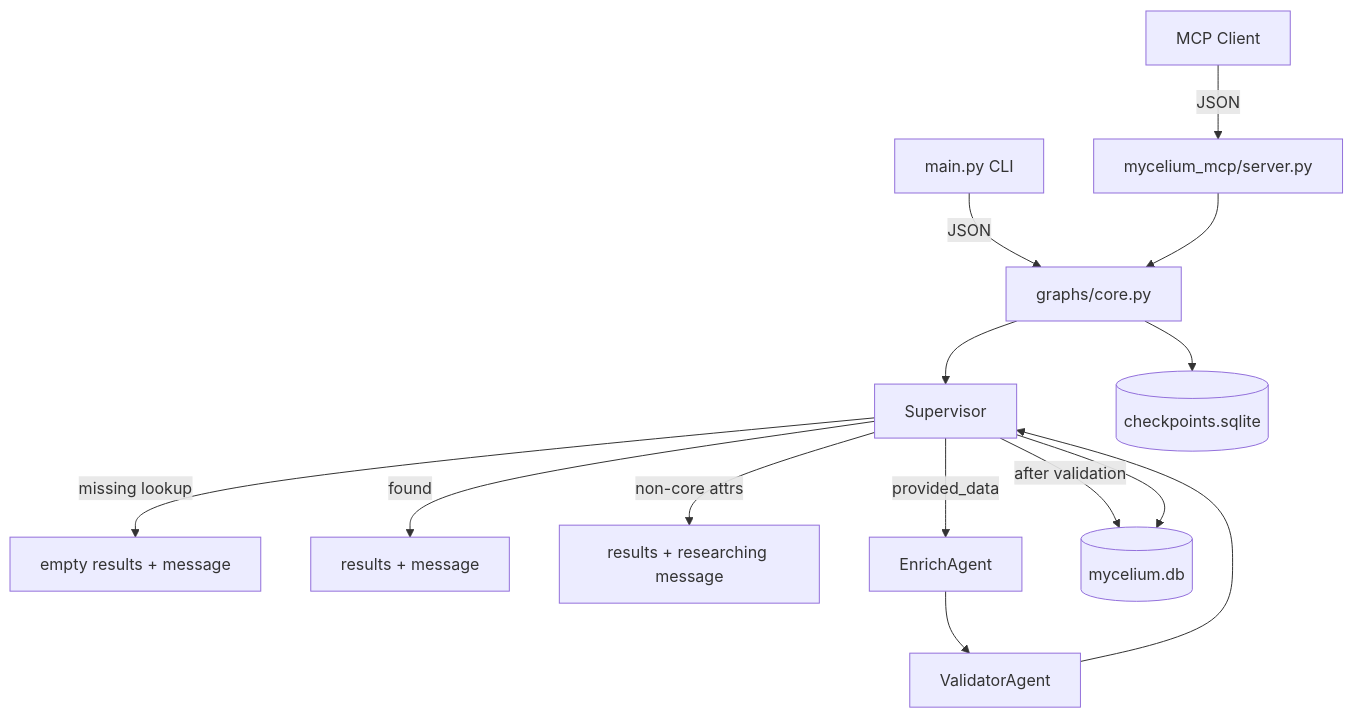
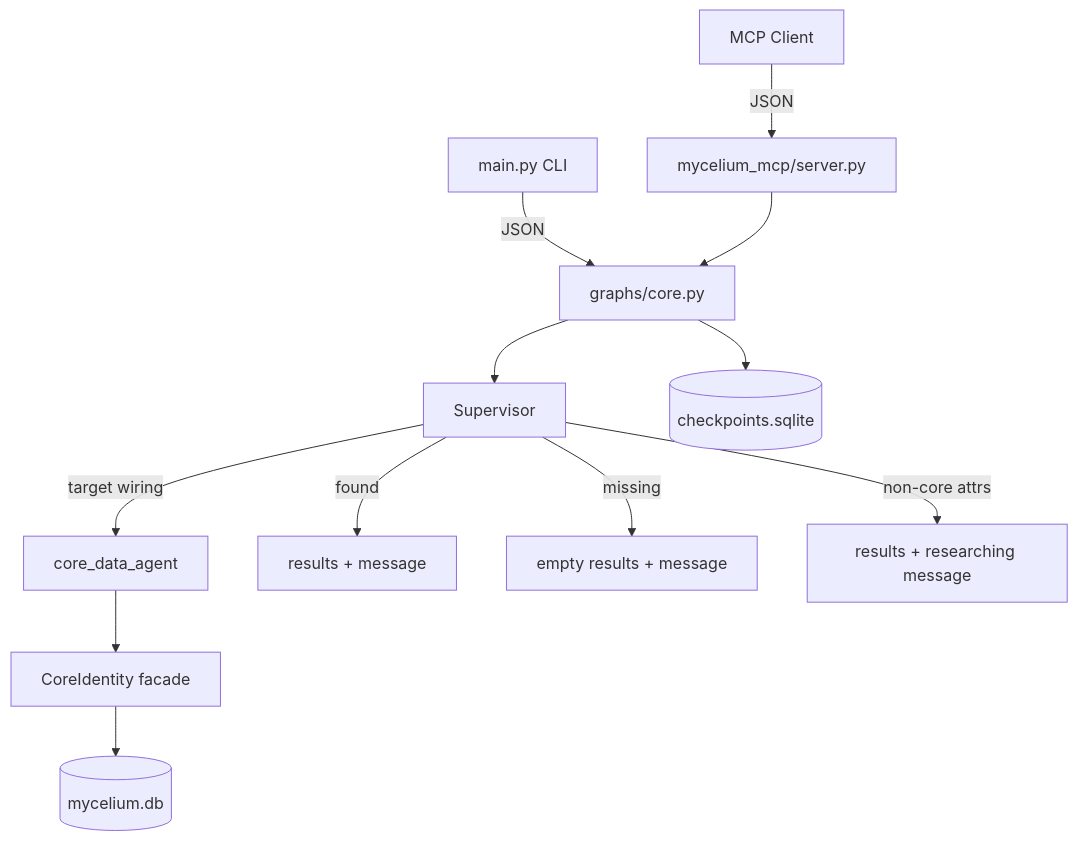
The diagram in README.md (myceliumdata/mycelium), drawn with Mermaid before and after one commit. The commit also changed other lines of this file and 5 other files, not shown here.

First line of the commit message:
Document query-only public API and core_data_agent specialist.

````diff
--- a/README.md
+++ b/README.md
@@ -133,16 +131,14 @@
 ```mermaid
 flowchart TD
     MCP[MCP Client] -->|JSON| MCPServer[mycelium_mcp/server.py]
     CLI[main.py CLI] -->|JSON| Graph
     MCPServer --> Graph[graphs/core.py]
     Graph --> S[Supervisor]
-    S -->|missing lookup| MISS[empty results + message]
+    S -->|target wiring| CDA[core_data_agent]
+    CDA --> CI[CoreIdentity facade]
+    CI --> DB[(mycelium.db)]
     S -->|found| RES[results + message]
+    S -->|missing| MISS[empty results + message]
     S -->|non-core attrs| NC[results + researching message]
-    S -->|provided_data| E[EnrichAgent]
-    E --> V[ValidatorAgent]
-    V --> S
-    S -->|after validation| DB[(mycelium.db)]
     Graph --> CP[(checkpoints.sqlite)]
-    S --> DB
 ```
````
